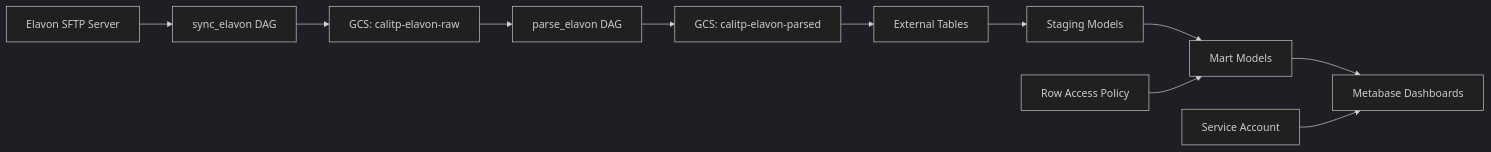
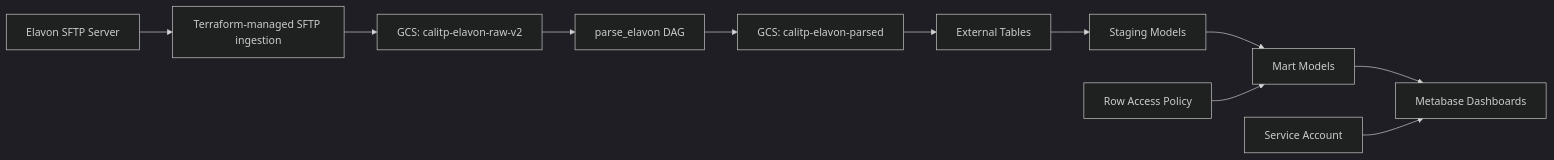
Before and after one commit to cal-itp/data-infra: the diagram in runbooks/workflow/payments/how-to/onboard-elavon-agency.md, drawn with Mermaid (dark theme). The commit also changed other lines of this file and 5 other files, not shown here.

First line of the commit message:
Remove leftover sync_elavon DAG metadata (#5822)

````diff
--- a/runbooks/workflow/payments/how-to/onboard-elavon-agency.md
+++ b/runbooks/workflow/payments/how-to/onboard-elavon-agency.md
@@ -222,14 +223,14 @@
 ```mermaid
 graph LR
-    A[Elavon SFTP Server] --> B[sync_elavon DAG]
-    B --> C[GCS: calitp-elavon-raw]
+    A[Elavon SFTP Server] --> B[Terraform-managed SFTP ingestion]
+    B --> C[GCS: calitp-elavon-raw-v2]
     C --> D[parse_elavon DAG]
     D --> E[GCS: calitp-elavon-parsed]
     E --> F[External Tables]
     F --> G[Staging Models]
     G --> H[Mart Models]
     H --> I[Metabase Dashboards]
     
     J[Row Access Policy] --> H
     K[Service Account] --> I
 ```
````
